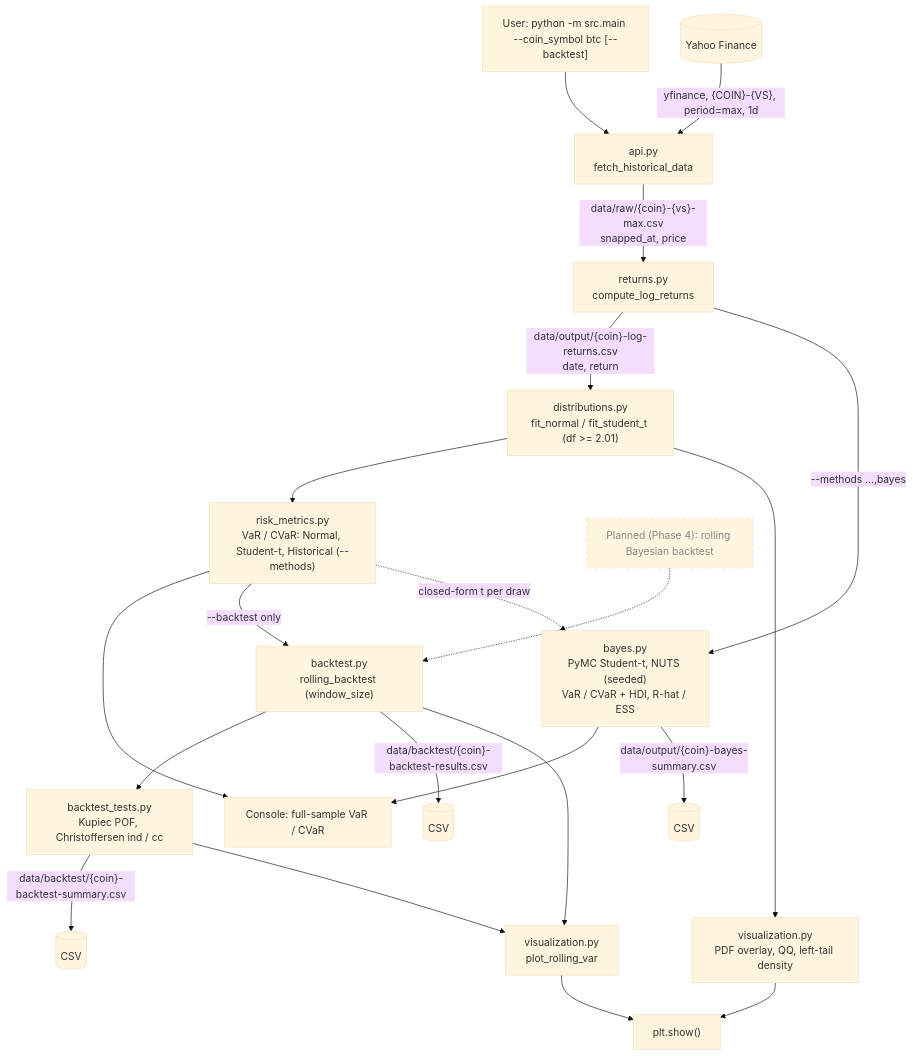
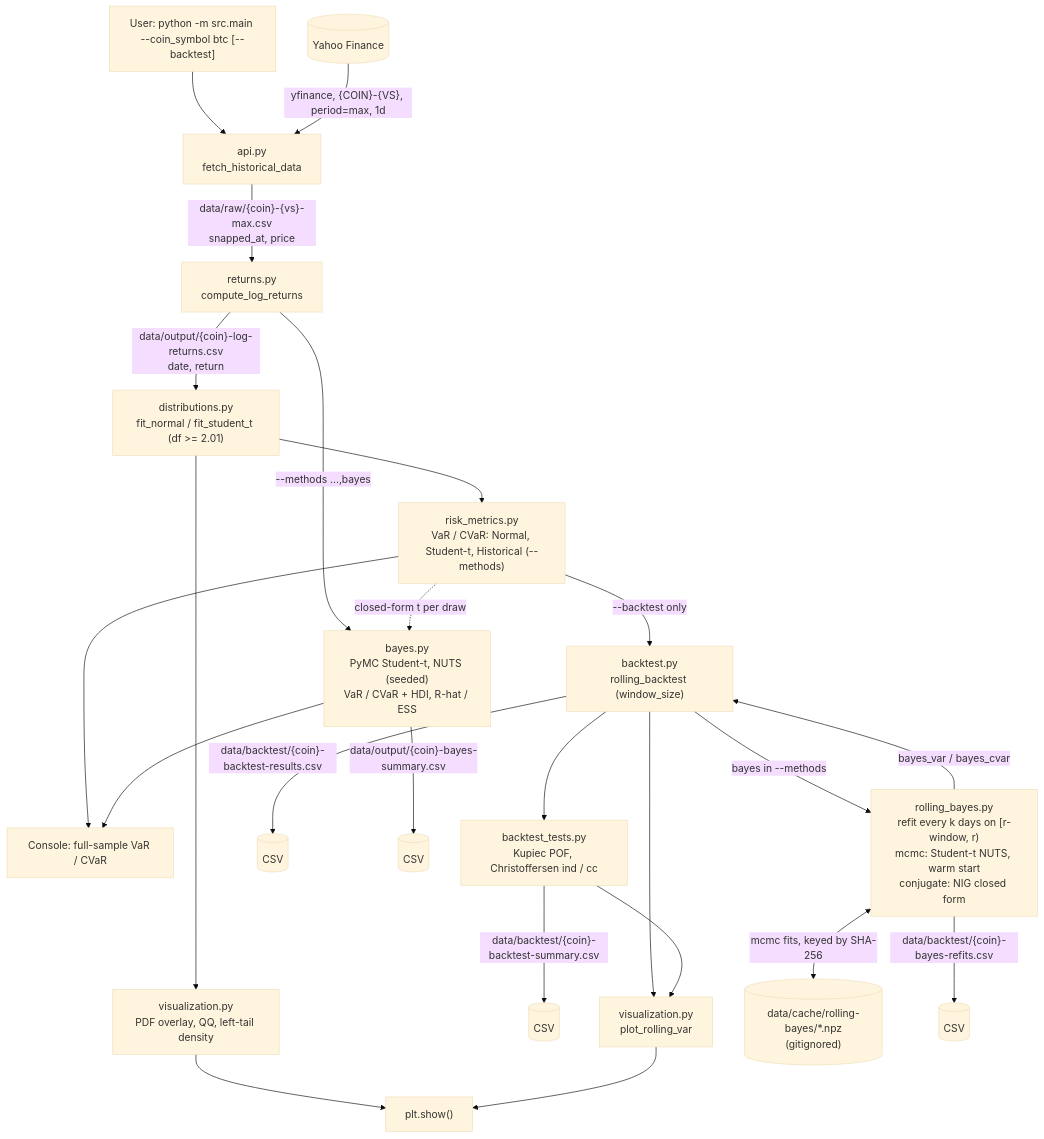
One commit to jvick1/crypto-risk-engine changed the diagram in docs/APP_FLOW.md. Above: the diagram before and after it, drawn with Mermaid (base theme). The commit also changed other lines of this file and 3 other files, not shown here.

Commit message:
docs: Phase 4 rolling Bayes in TRD (method, priors, refit schedule, caveats), SCHEMA (bayes columns, refit log, cache), APP_FLOW, PRD

````diff
--- a/docs/APP_FLOW.md
+++ b/docs/APP_FLOW.md
@@ -15,24 +15,26 @@
 ```mermaid
 flowchart TD
     U["User: python -m src.main --coin_symbol btc [--backtest]"] --> API
     Y[(Yahoo Finance)] -->|"yfinance, {COIN}-{VS}, period=max, 1d"| API["api.py<br/>fetch_historical_data"]
     API -->|"data/raw/{coin}-{vs}-max.csv<br/>snapped_at, price"| RET["returns.py<br/>compute_log_returns"]
     RET -->|"data/output/{coin}-log-returns.csv<br/>date, return"| DIST["distributions.py<br/>fit_normal / fit_student_t (df >= 2.01)"]
     DIST --> RM["risk_metrics.py<br/>VaR / CVaR: Normal, Student-t, Historical (--methods)"]
     DIST --> VIZ1["visualization.py<br/>PDF overlay, QQ, left-tail density"]
     RM --> OUT1["Console: full-sample VaR / CVaR"]
     RM -->|"--backtest only"| BT["backtest.py<br/>rolling_backtest (window_size)"]
     BT --> BTT["backtest_tests.py<br/>Kupiec POF, Christoffersen ind / cc"]
     BT -->|"data/backtest/{coin}-backtest-results.csv"| F1[(CSV)]
     BTT -->|"data/backtest/{coin}-backtest-summary.csv"| F2[(CSV)]
     BT --> VIZ2["visualization.py<br/>plot_rolling_var"]
     BTT --> VIZ2
     VIZ1 --> SHOW["plt.show()"]
     VIZ2 --> SHOW
     RET -->|"--methods ...,bayes"| BAYES["bayes.py<br/>PyMC Student-t, NUTS (seeded)<br/>VaR / CVaR + HDI, R-hat / ESS"]
     RM -.->|"closed-form t per draw"| BAYES
     BAYES --> OUT1
     BAYES -->|"data/output/{coin}-bayes-summary.csv"| F3[(CSV)]
-    RBT["Planned (Phase 4): rolling Bayesian backtest"]:::planned -.-> BT
-    classDef planned stroke-dasharray: 5 5,color:#888;
+    BT -->|"bayes in --methods"| RBT["rolling_bayes.py<br/>refit every k days on [r-window, r)<br/>mcmc: Student-t NUTS, warm start<br/>conjugate: NIG closed form"]
+    RBT <-->|"mcmc fits, keyed by SHA-256"| CACHE[("data/cache/rolling-bayes/*.npz<br/>(gitignored)")]
+    RBT -->|"bayes_var / bayes_cvar"| BT
+    RBT -->|"data/backtest/{coin}-bayes-refits.csv"| F4[(CSV)]
 ```
````
